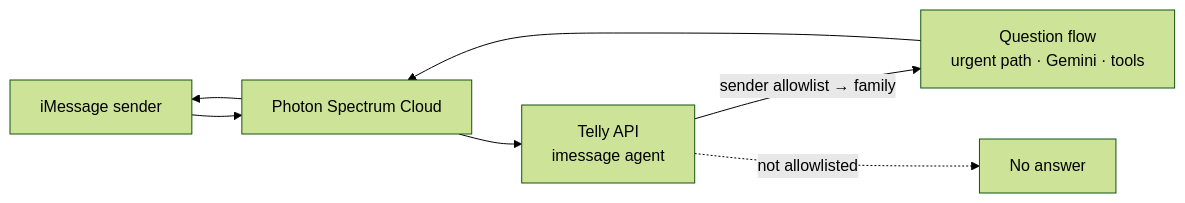
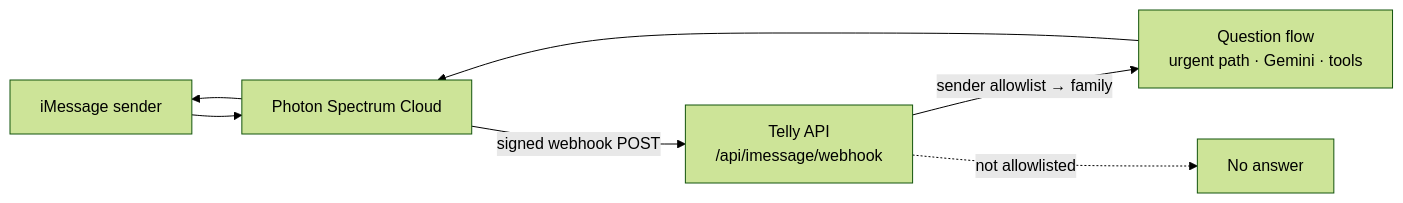
Before and after one commit to 42nights/telly: the seventh of 13 diagrams in README.md, drawn with Mermaid (forest theme). The commit also changed other lines of this file and 11 other files, not shown here.

First line of the commit message:
fix(imessage): answer Photon iMessage through a signed webhook in production

````diff
--- a/README.md
+++ b/README.md
@@ -199,9 +199,9 @@
 ```mermaid
 flowchart LR
     phone["iMessage sender"] --> spectrum["Photon Spectrum Cloud"]
-    spectrum --> agent["Telly API<br/>imessage agent"]
+    spectrum -->|"signed webhook POST"| agent["Telly API<br/>/api/imessage/webhook"]
     agent -->|"sender allowlist → family"| ask["Question flow<br/>urgent path · Gemini · tools"]
     agent -.->|"not allowlisted"| drop["No answer"]
     ask --> spectrum
     spectrum --> phone
 ```
````
